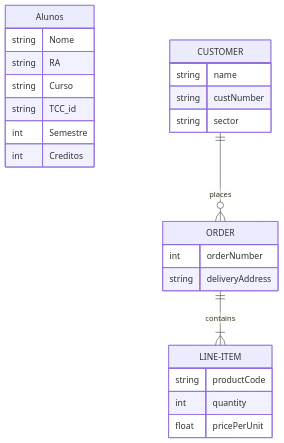
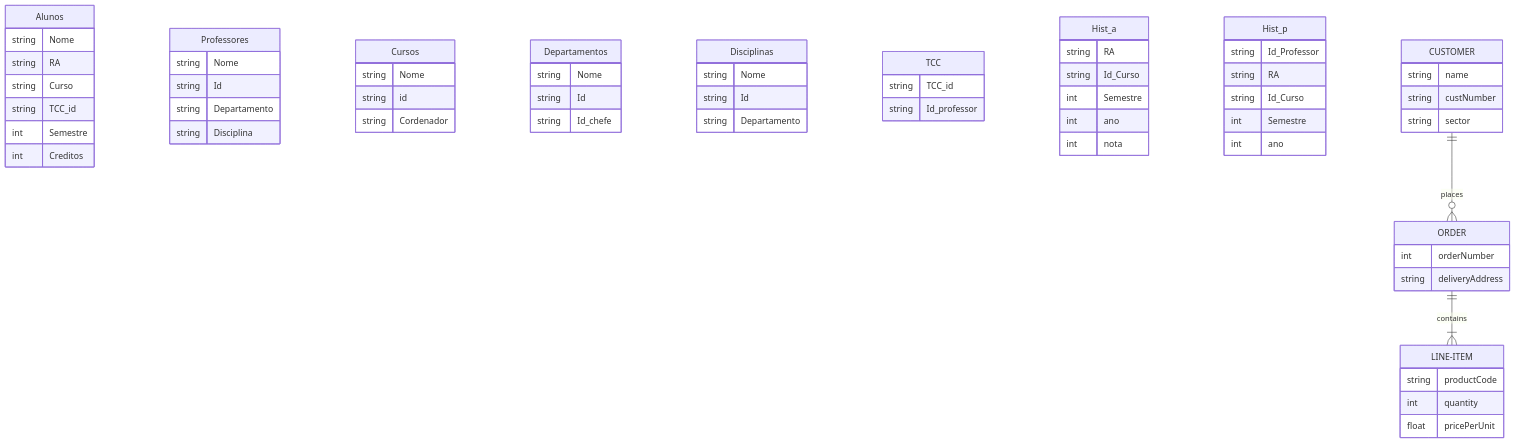
The diagram in Tabelas.md (LucasRezendeSimoes/ProjetoDB), drawn with Mermaid before and after one commit.

````diff
--- a/Tabelas.md
+++ b/Tabelas.md
@@ -1,29 +1,67 @@
 ```mermaid
 erDiagram
     Alunos {
         string Nome
         string RA
         string Curso
         string TCC_id
         int Semestre
         int Creditos
     }
-
+    Professores {
+        string Nome
+        string Id
+        string Departamento
+        string Disciplina
+    }
+    Cursos {
+        string Nome
+        string id
+        string Cordenador
+    }
+    Departamentos {
+        string Nome
+        string Id
+        string Id_chefe
+    }
+    Disciplinas {
+        string Nome
+        string Id
+        string Departamento
+    }
+    TCC {
+        string TCC_id
+        string Id_professor
+    }
+    Hist_a {
+        string RA
+        string Id_Curso
+        int Semestre
+        int ano
+        int nota
+    }
+    Hist_p {
+        string Id_Professor
+        string RA
+        string Id_Curso
+        int Semestre
+        int ano
+    }
 
     CUSTOMER ||--o{ ORDER : places
     CUSTOMER {
         string name
         string custNumber
         string sector
     }
     ORDER ||--|{ LINE-ITEM : contains
     ORDER {
         int orderNumber
         string deliveryAddress
     }
     LINE-ITEM {
         string productCode
         int quantity
         float pricePerUnit
     }
 ```
````
